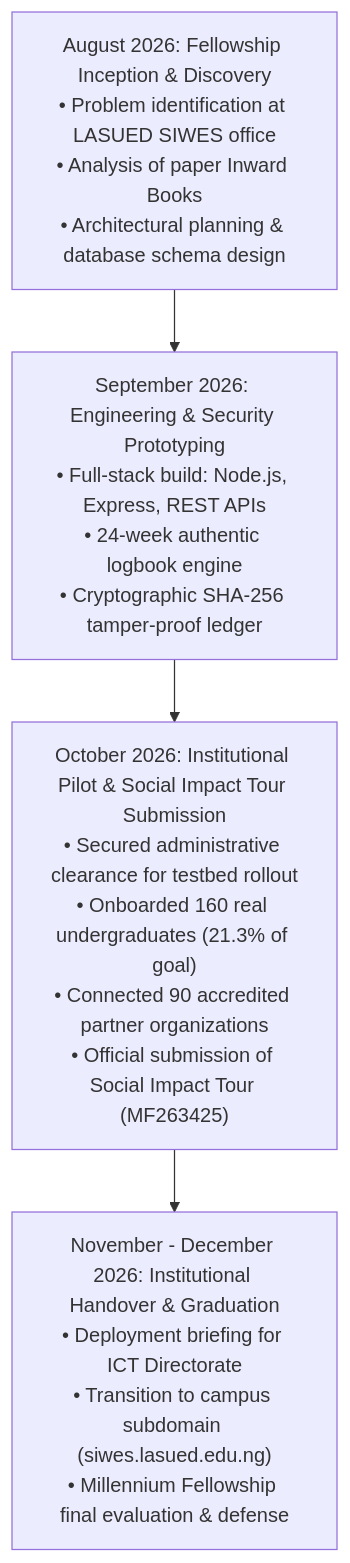
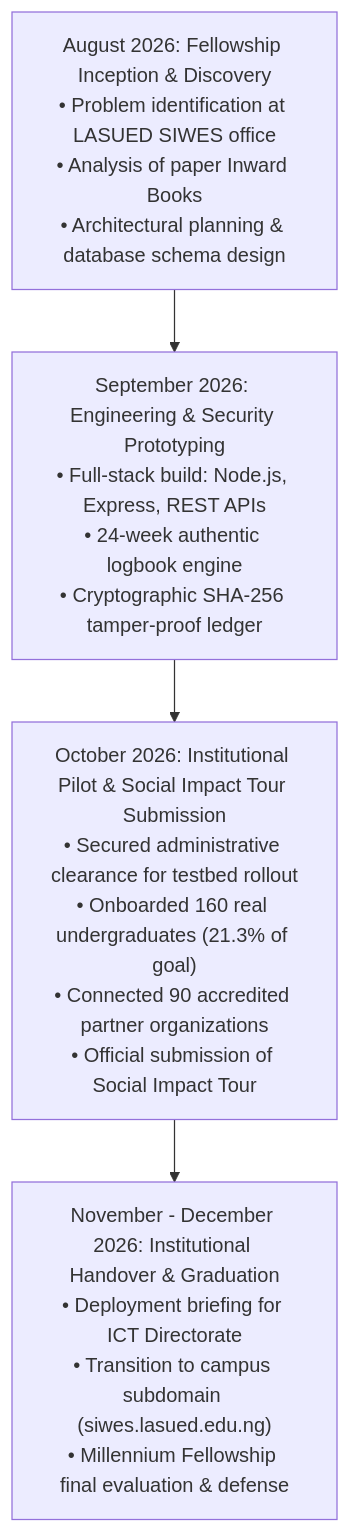
The diagram in README.md (OpeyemiAB/secure-digitalize-initiative), drawn with Mermaid before and after one commit. The commit also changed other lines of this file and 1 other file, not shown here.

````diff
--- a/README.md
+++ b/README.md
@@ -39,6 +38,6 @@
 ```mermaid
 flowchart TD
     A["August 2026: Fellowship Inception & Discovery<br/>• Problem identification at LASUED SIWES office<br/>• Analysis of paper Inward Books<br/>• Architectural planning & database schema design"] --> B["September 2026: Engineering & Security Prototyping<br/>• Full-stack build: Node.js, Express, REST APIs<br/>• 24-week authentic logbook engine<br/>• Cryptographic SHA-256 tamper-proof ledger"]
-    B --> C["October 2026: Institutional Pilot & Social Impact Tour Submission<br/>• Secured administrative clearance for testbed rollout<br/>• Onboarded 160 real undergraduates (21.3% of goal)<br/>• Connected 90 accredited partner organizations<br/>• Official submission of Social Impact Tour (MF263425)"]
+    B --> C["October 2026: Institutional Pilot & Social Impact Tour Submission<br/>• Secured administrative clearance for testbed rollout<br/>• Onboarded 160 real undergraduates (21.3% of goal)<br/>• Connected 90 accredited partner organizations<br/>• Official submission of Social Impact Tour"]
     C --> D["November - December 2026: Institutional Handover & Graduation<br/>• Deployment briefing for ICT Directorate<br/>• Transition to campus subdomain (siwes.lasued.edu.ng)<br/>• Millennium Fellowship final evaluation & defense"]
 ```
````
